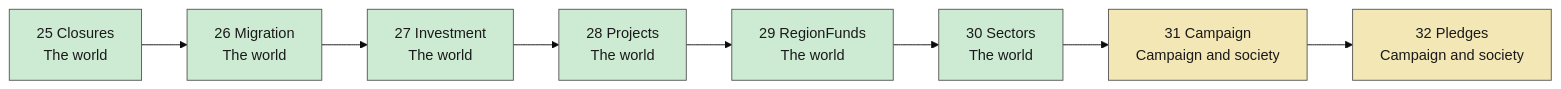
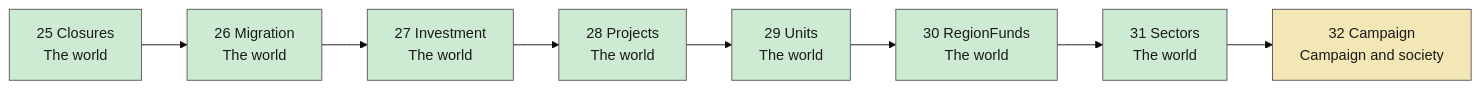
Before and after one commit to powerbassist/World-simulator: the fourth of 6 diagrams in docs/tick-order.md, drawn with Mermaid (base theme). The commit also changed other lines of this file and 19 other files, not shown here.

````diff
--- a/docs/tick-order.md
+++ b/docs/tick-order.md
@@ -84,18 +84,18 @@
 ```mermaid
 flowchart LR
   s25["25 Closures<br/>The world"]:::g3
   s26["26 Migration<br/>The world"]:::g3
   s27["27 Investment<br/>The world"]:::g3
   s28["28 Projects<br/>The world"]:::g3
-  s29["29 RegionFunds<br/>The world"]:::g3
-  s30["30 Sectors<br/>The world"]:::g3
-  s31["31 Campaign<br/>Campaign and society"]:::g4
-  s32["32 Pledges<br/>Campaign and society"]:::g4
+  s29["29 Units<br/>The world"]:::g3
+  s30["30 RegionFunds<br/>The world"]:::g3
+  s31["31 Sectors<br/>The world"]:::g3
+  s32["32 Campaign<br/>Campaign and society"]:::g4
   s25 --> s26 --> s27 --> s28 --> s29 --> s30 --> s31 --> s32
   classDef g0 fill:#cfe3f7,stroke:#555,color:#1a1a1a
   classDef g1 fill:#f6dcc2,stroke:#555,color:#1a1a1a
   classDef g2 fill:#dccff0,stroke:#555,color:#1a1a1a
   classDef g3 fill:#cdebd3,stroke:#555,color:#1a1a1a
   classDef g4 fill:#f3e7b5,stroke:#555,color:#1a1a1a
   classDef g5 fill:#f2cfd3,stroke:#555,color:#1a1a1a
 ```
````
